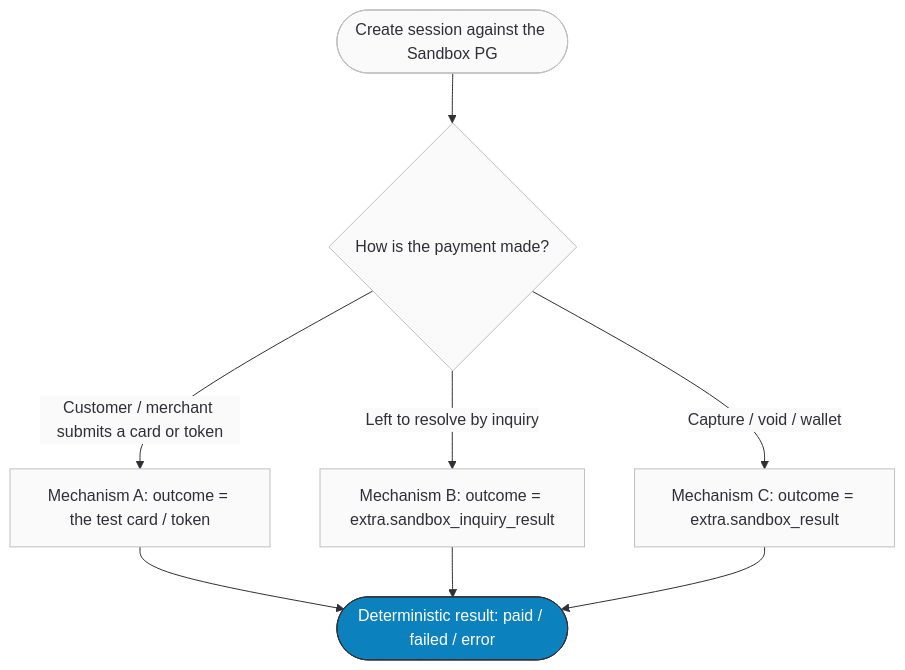
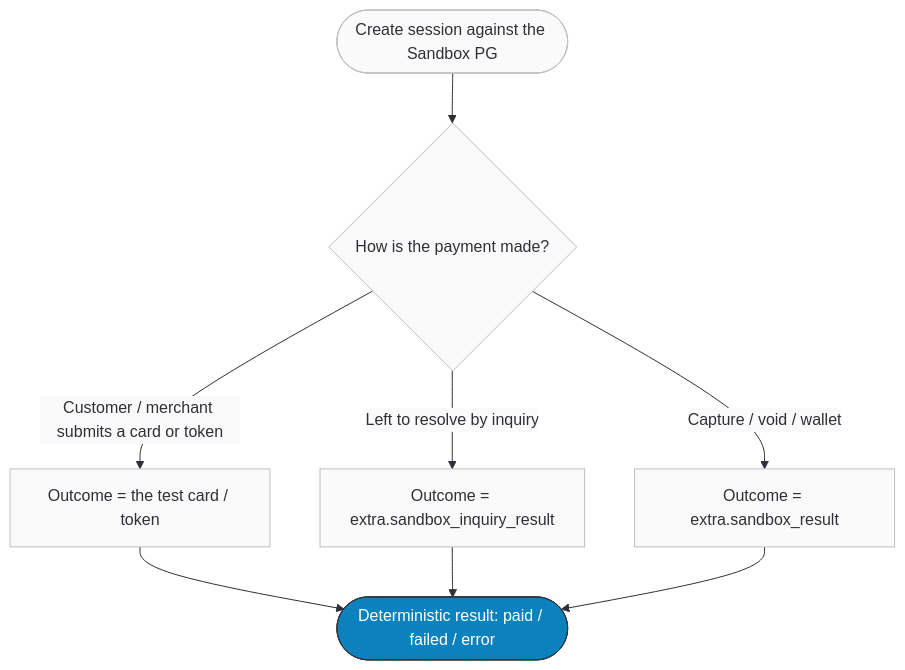
One commit to ottuco/docs changed the diagram in docs/developers/payments/ottu-sandbox.mdx. Above: the diagram before and after it, drawn with Mermaid. The commit also changed other lines of this file and 36 other files, not shown here.

````diff
--- a/docs/developers/payments/ottu-sandbox.mdx
+++ b/docs/developers/payments/ottu-sandbox.mdx
@@ -115,14 +75,14 @@
 ```mermaid
 %%{init: {"theme": "base", "themeVariables": {"background": "#F4F4F4", "primaryColor": "#FAFAFA", "primaryTextColor": "#302F37", "primaryBorderColor": "#BFBFBF", "lineColor": "#302F37", "secondaryColor": "#FAFAFA", "tertiaryColor": "#FAFAFA"}}}%%
 graph TD
     A([Create session against the Sandbox PG]) --> B{How is the payment made?}
-    B -->|Customer / merchant submits a card or token| C[Mechanism A: outcome = the test card / token]
-    B -->|Left to resolve by inquiry| D[Mechanism B: outcome = extra.sandbox_inquiry_result]
-    B -->|Capture / void / wallet| F[Mechanism C: outcome = extra.sandbox_result]
+    B -->|Customer / merchant submits a card or token| C[Outcome = the test card / token]
+    B -->|Left to resolve by inquiry| D[Outcome = extra.sandbox_inquiry_result]
+    B -->|Capture / void / wallet| F[Outcome = extra.sandbox_result]
     C --> E([Deterministic result: paid / failed / error])
     D --> E
     F --> E
 
     classDef accent fill:#0B82BE,color:#FFFFFF,stroke:#302F37
     class E accent
 ```
````
